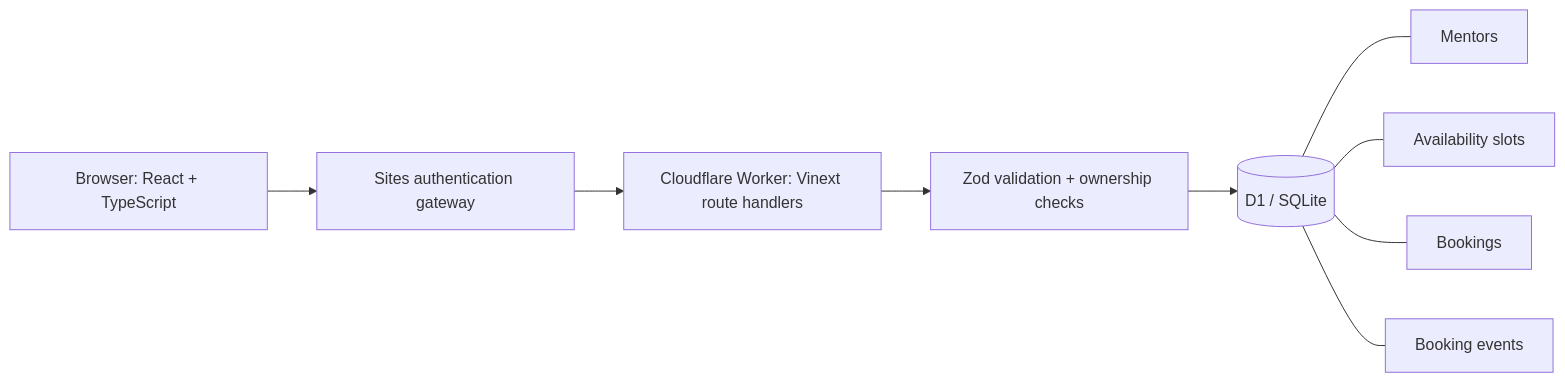
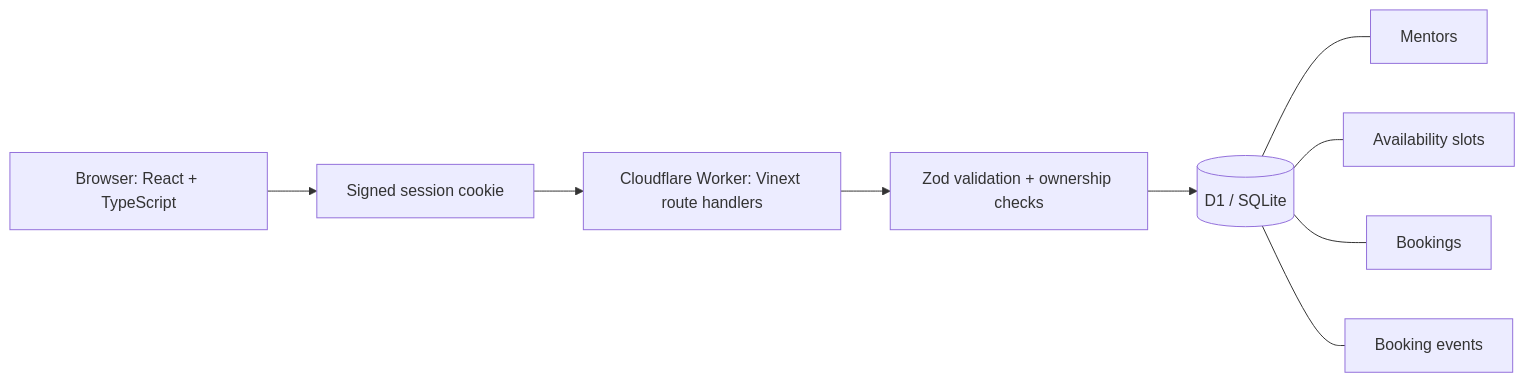
One commit to jash2884/slotwise changed the diagram in README.md. Above: the diagram before and after it, drawn with Mermaid. The commit also changed other lines of this file, not shown here.

````diff
--- a/README.md
+++ b/README.md
@@ -51,11 +51,11 @@
 ```mermaid
 flowchart LR
-  U[Browser: React + TypeScript] --> G[Sites authentication gateway]
+  U[Browser: React + TypeScript] --> G[Signed session cookie]
   G --> W[Cloudflare Worker: Vinext route handlers]
   W --> V[Zod validation + ownership checks]
   V --> D[(D1 / SQLite)]
   D --- M[Mentors]
   D --- S[Availability slots]
   D --- B[Bookings]
   D --- E[Booking events]
 ```
````
